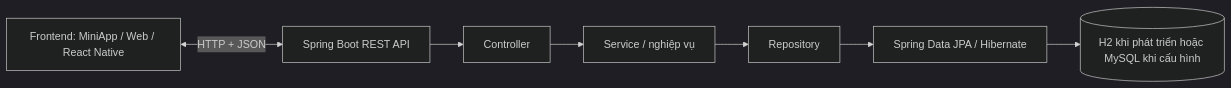
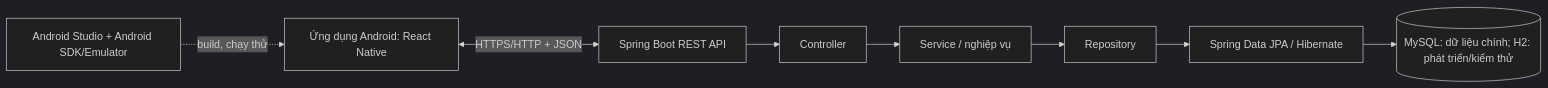
The second of 2 diagrams in README.md (vuduc6002/GoPlant), drawn with Mermaid (dark theme) before and after one commit. The commit also changed other lines of this file, not shown here.

````diff
--- a/README.md
+++ b/README.md
@@ -133,9 +134,10 @@
 ```mermaid
 flowchart LR
-    UI[Frontend: MiniApp / Web / React Native] <-->|HTTP + JSON| API[Spring Boot REST API]
+    APP[Ứng dụng Android: React Native] <-->|HTTPS/HTTP + JSON| API[Spring Boot REST API]
     API --> C[Controller]
     C --> S[Service / nghiệp vụ]
     S --> R[Repository]
     R --> J[Spring Data JPA / Hibernate]
-    J --> DB[(H2 khi phát triển hoặc MySQL khi cấu hình)]
+    J --> DB[(MySQL: dữ liệu chính; H2: phát triển/kiểm thử)]
+    AS[Android Studio + Android SDK/Emulator] -. build, chạy thử .-> APP
 ```
````
